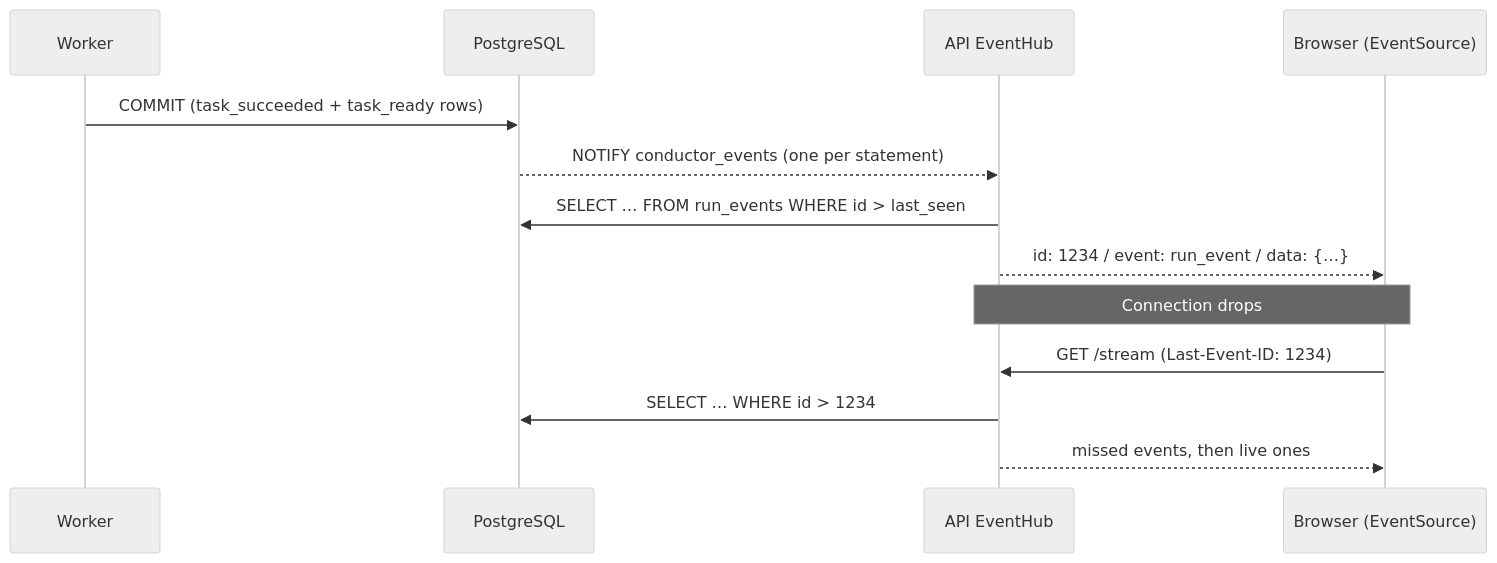
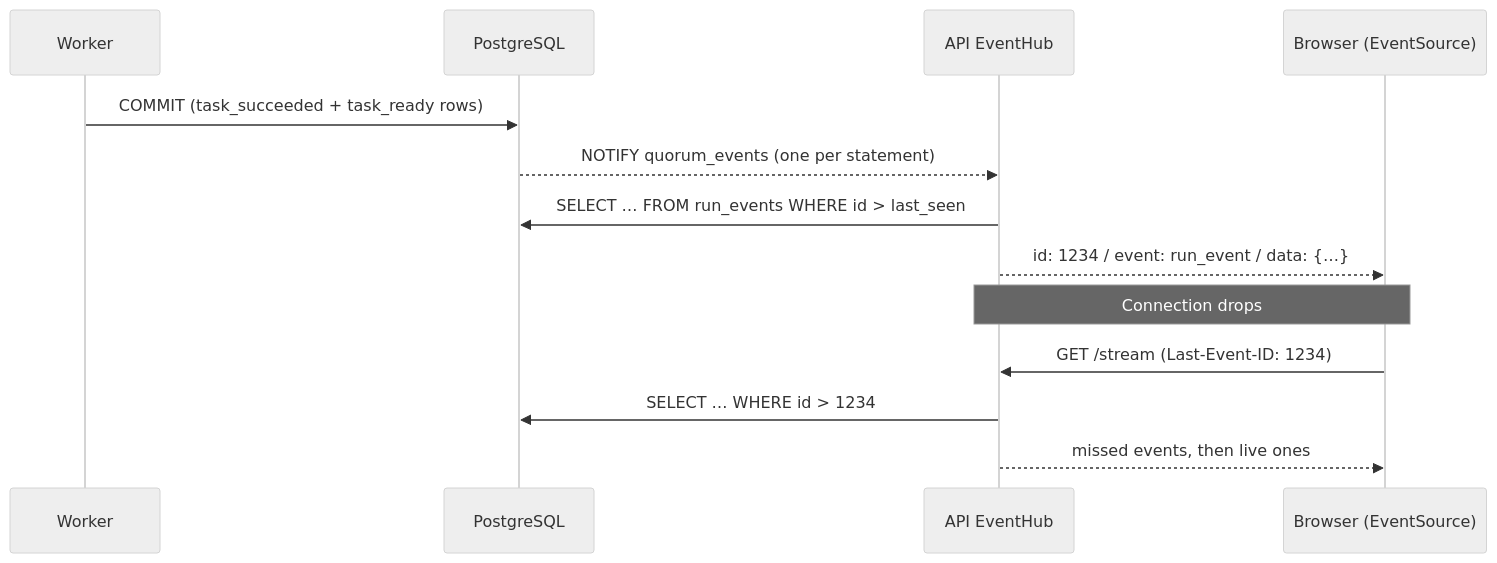
Before and after one commit to Miss-nonso/Quorum: the fourth of 4 diagrams in docs/architecture.md, drawn with Mermaid (neutral theme). The commit also changed other lines of this file and 169 other files, not shown here.

First line of the commit message:
refactor: rename the product from Conductor to Quorum

````diff
--- a/docs/architecture.md
+++ b/docs/architecture.md
@@ -107,15 +107,15 @@
 ```mermaid
 sequenceDiagram
     participant W as Worker
     participant PG as PostgreSQL
     participant H as API EventHub
     participant B as Browser (EventSource)
     W->>PG: COMMIT (task_succeeded + task_ready rows)
-    PG-->>H: NOTIFY conductor_events (one per statement)
+    PG-->>H: NOTIFY quorum_events (one per statement)
     H->>PG: SELECT … FROM run_events WHERE id > last_seen
     H-->>B: id: 1234 / event: run_event / data: {…}
     Note over B,H: Connection drops
     B->>H: GET /stream (Last-Event-ID: 1234)
     H->>PG: SELECT … WHERE id > 1234
     H-->>B: missed events, then live ones
 ```
````
